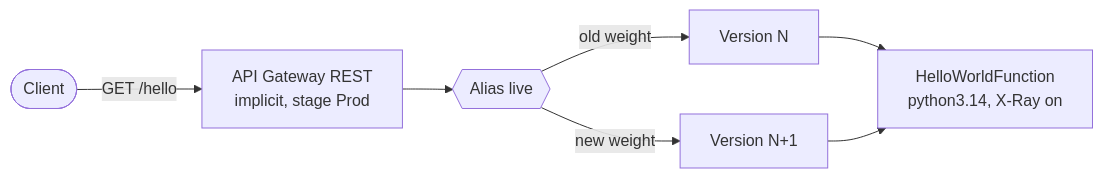
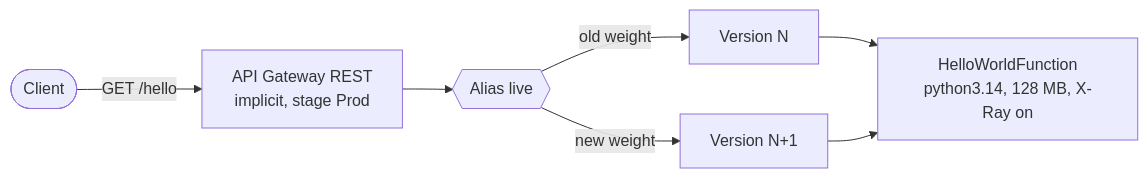
One commit to juan19932carlos/aws-deployments changed the first of 2 diagrams in architecture/infrastructure.md. Above: the diagram before and after it, drawn with Mermaid. The commit also changed 1 other file, not shown here.

Commit message:
feat(template): enable API tracing and declare 128 MB memory
MemorySize is Lambda's default, declared so drift detection checks it.

````diff
--- a/architecture/infrastructure.md
+++ b/architecture/infrastructure.md
@@ -7,8 +7,8 @@
 ```mermaid
 flowchart LR
     Client([Client]) -->|GET /hello| Api[API Gateway REST<br/>implicit, stage Prod]
     Api --> Alias{{Alias live}}
     Alias -->|old weight| VOld[Version N]
     Alias -->|new weight| VNew[Version N+1]
-    VOld & VNew --> Fn[HelloWorldFunction<br/>python3.14, X-Ray on]
+    VOld & VNew --> Fn[HelloWorldFunction<br/>python3.14, 128 MB, X-Ray on]
 ```
````
